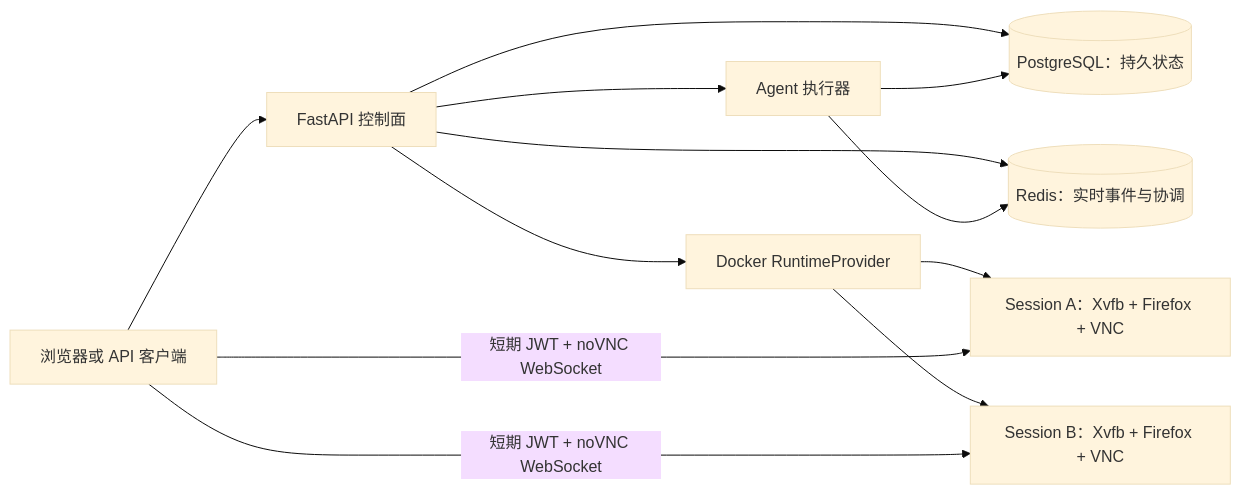
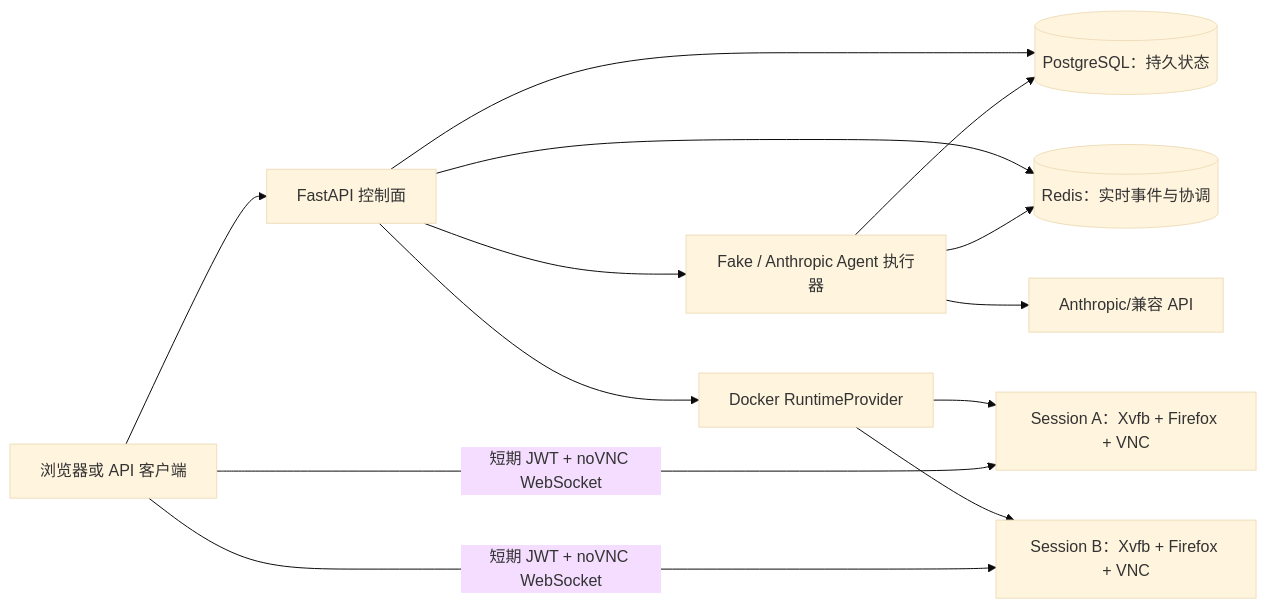
Before and after one commit to JaffarL/claude-computer-use-session-manager: the first of 2 diagrams in docs/architecture.md, drawn with Mermaid (base theme). The commit also changed other lines of this file and 17 other files, not shown here.

Commit message:
feat(agent): bridge Anthropic to session sandboxes

````diff
--- a/docs/architecture.md
+++ b/docs/architecture.md
@@ -9,14 +9,15 @@
 ```mermaid
 flowchart LR
     C["浏览器或 API 客户端"] --> A["FastAPI 控制面"]
     A --> P[("PostgreSQL：持久状态")]
     A --> R[("Redis：实时事件与协调")]
-    A --> E["Agent 执行器"]
+    A --> E["Fake / Anthropic Agent 执行器"]
+    E --> M["Anthropic/兼容 API"]
     E --> P
     E --> R
     A --> D["Docker RuntimeProvider"]
     D --> S1["Session A：Xvfb + Firefox + VNC"]
     D --> S2["Session B：Xvfb + Firefox + VNC"]
     C -->|"短期 JWT + noVNC WebSocket"| S1
     C -->|"短期 JWT + noVNC WebSocket"| S2
 ```
````
